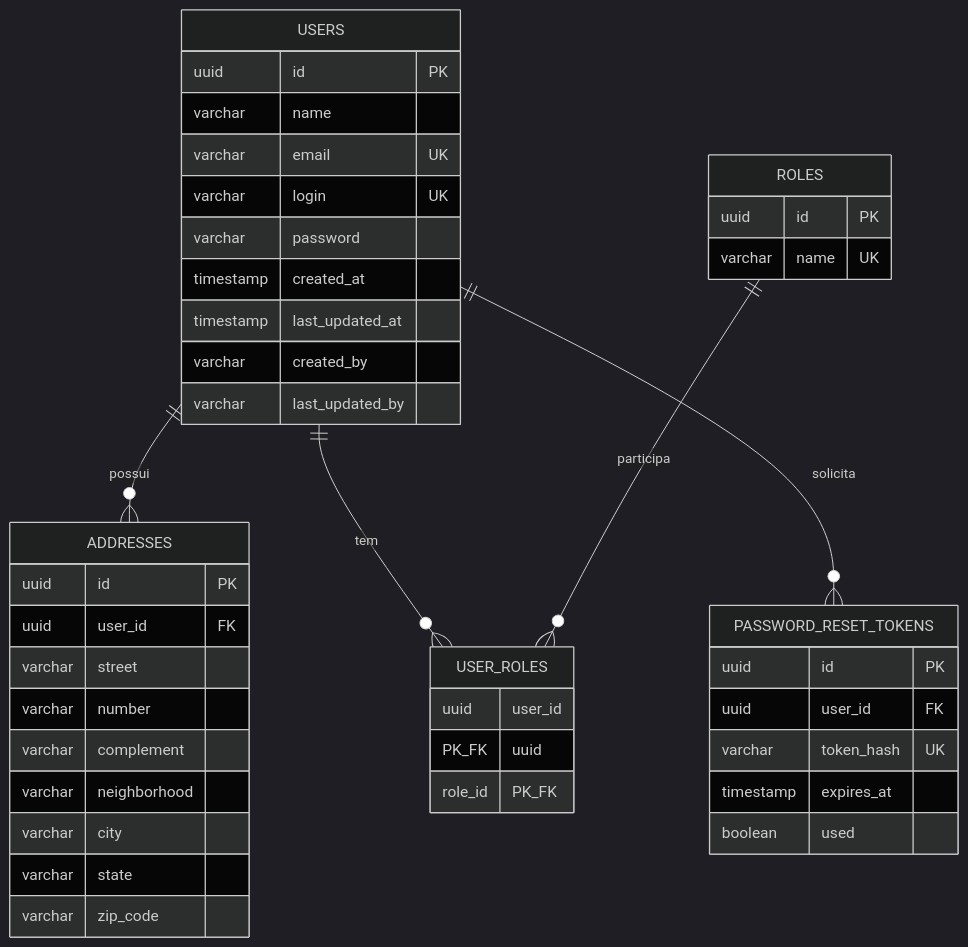
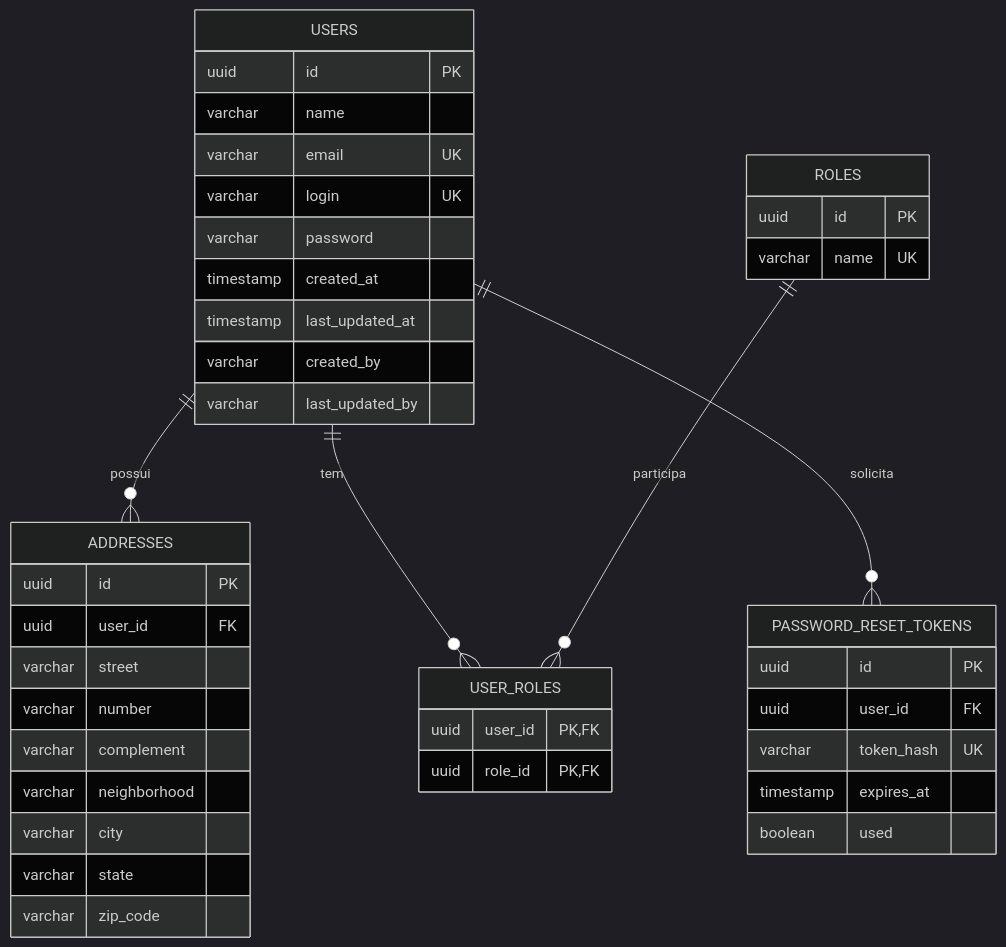
The second of 2 diagrams in relatorios/relatorio-tech-challenge-fase02-v1.0.md (felipe11dias/postech-fase2-restaurantes-app), drawn with Mermaid (dark theme) before and after one commit. The commit also changed other lines of this file and 18 other files, not shown here.

````diff
--- a/relatorios/relatorio-tech-challenge-fase02-v1.0.md
+++ b/relatorios/relatorio-tech-challenge-fase02-v1.0.md
@@ -746,44 +845,44 @@
 ```mermaid
 erDiagram
     USERS ||--o{ ADDRESSES : possui
     USERS ||--o{ USER_ROLES : tem
     USERS ||--o{ PASSWORD_RESET_TOKENS : solicita
     ROLES ||--o{ USER_ROLES : participa
     USERS {
         uuid id PK
         varchar name
         varchar email UK
         varchar login UK
         varchar password
         timestamp created_at
         timestamp last_updated_at
         varchar created_by
         varchar last_updated_by
     }
     ROLES {
         uuid id PK
         varchar name UK
     }
     USER_ROLES {
-        uuid user_id PK_FK
-        uuid role_id PK_FK
+        uuid user_id PK, FK
+        uuid role_id PK, FK
     }
     ADDRESSES {
         uuid id PK
         uuid user_id FK
         varchar street
         varchar number
         varchar complement
         varchar neighborhood
         varchar city
         varchar state
         varchar zip_code
     }
     PASSWORD_RESET_TOKENS {
         uuid id PK
         uuid user_id FK
         varchar token_hash UK
         timestamp expires_at
         boolean used
     }
 ```
````
